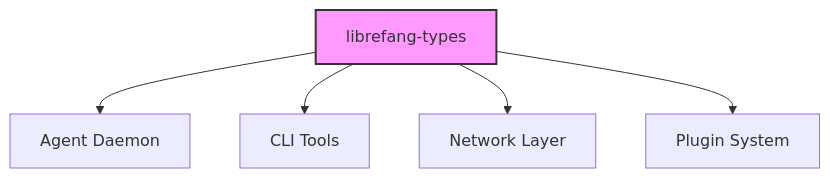
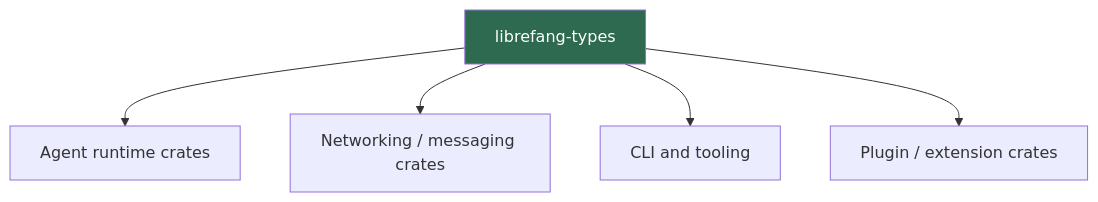
One commit to leszek3737/librefang-WIki changed the diagram in other-librefang-types.md. Above: the diagram before and after it, drawn with Mermaid. The commit also changed other lines of this file and 120 other files, not shown here.

````diff
--- a/other-librefang-types.md
+++ b/other-librefang-types.md
@@ -13,8 +15,8 @@
 ```mermaid
 graph TD
-    A[librefang-types] --> B[Agent Daemon]
-    A --> C[CLI Tools]
-    A --> D[Network Layer]
-    A --> E[Plugin System]
-    style A fill:#f9f,stroke:#333,stroke-width:2px
+    A[librefang-types] --> B[Agent runtime crates]
+    A --> C[Networking / messaging crates]
+    A --> D[CLI and tooling]
+    A --> E[Plugin / extension crates]
+    style A fill:#2d6a4f,color:#fff
 ```
````
